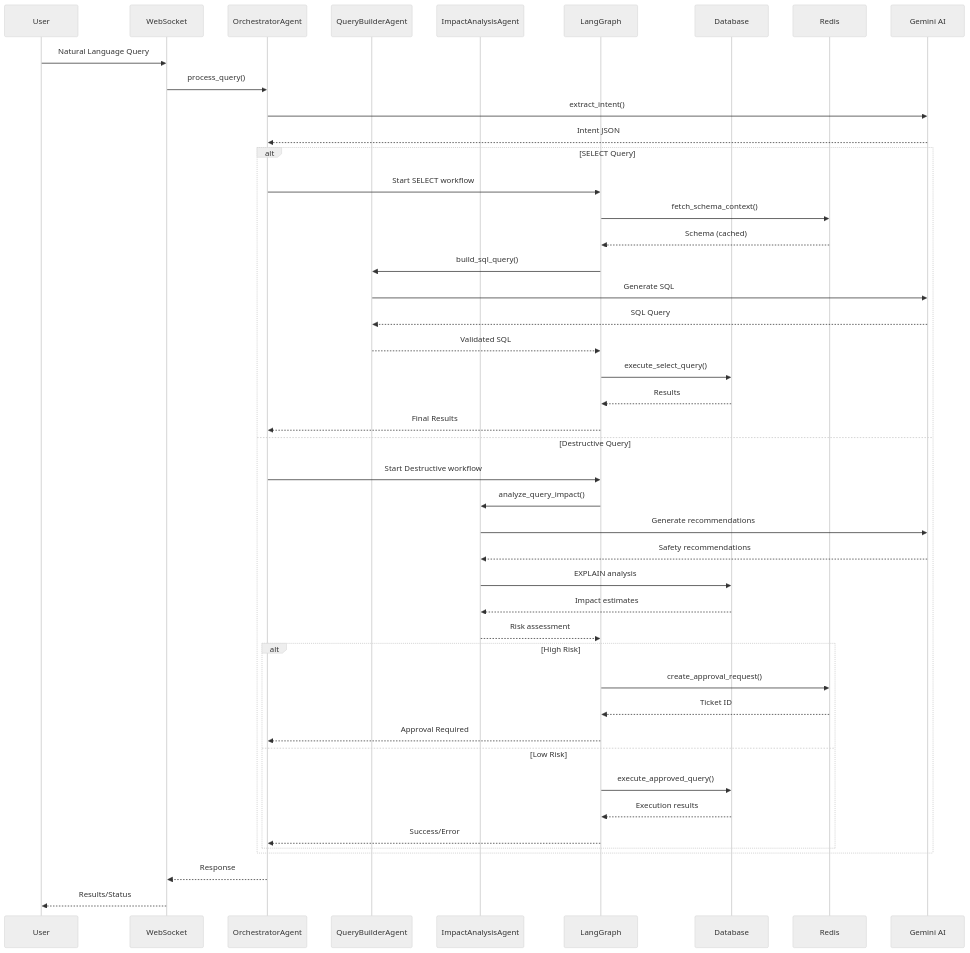
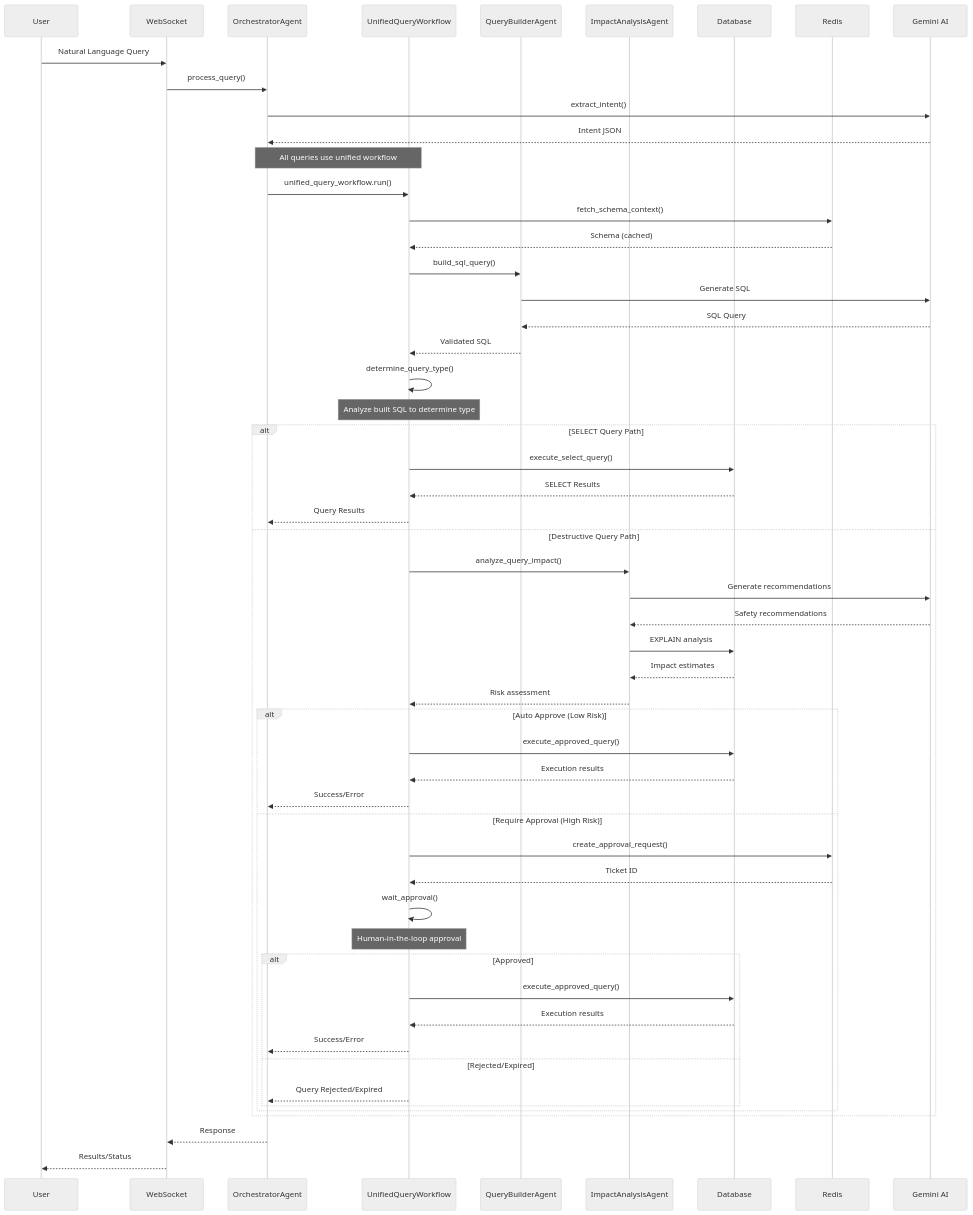
Before and after one commit to cyb3rb34s7/DBAgent: the third of 8 diagrams in docs/flow.md, drawn with Mermaid (neutral theme). The commit also changed other lines of this file, not shown here.

Commit message:
Adding Flow Diagram

````diff
--- a/docs/flow.md
+++ b/docs/flow.md
@@ -118,52 +120,67 @@
 ```mermaid
 sequenceDiagram
     participant User
     participant WS as WebSocket
     participant Orch as OrchestratorAgent
+    participant UWF as UnifiedQueryWorkflow
     participant QB as QueryBuilderAgent
     participant IA as ImpactAnalysisAgent
-    participant LG as LangGraph
     participant DB as Database
     participant Redis
     participant Gemini as Gemini AI
     
     User->>WS: Natural Language Query
     WS->>Orch: process_query()
     
     Orch->>Gemini: extract_intent()
     Gemini-->>Orch: Intent JSON
     
-    alt SELECT Query
-        Orch->>LG: Start SELECT workflow
-        LG->>Redis: fetch_schema_context()
-        Redis-->>LG: Schema (cached)
-        LG->>QB: build_sql_query()
-        QB->>Gemini: Generate SQL
-        Gemini-->>QB: SQL Query
-        QB-->>LG: Validated SQL
-        LG->>DB: execute_select_query()
-        DB-->>LG: Results
-        LG-->>Orch: Final Results
-    else Destructive Query
-        Orch->>LG: Start Destructive workflow
-        LG->>IA: analyze_query_impact()
+    Note over Orch,UWF: All queries use unified workflow
+    Orch->>UWF: unified_query_workflow.run()
+    
+    UWF->>Redis: fetch_schema_context()
+    Redis-->>UWF: Schema (cached)
+    
+    UWF->>QB: build_sql_query()
+    QB->>Gemini: Generate SQL
+    Gemini-->>QB: SQL Query
+    QB-->>UWF: Validated SQL
+    
+    UWF->>UWF: determine_query_type()
+    Note over UWF: Analyze built SQL to determine type
+    
+    alt SELECT Query Path
+        UWF->>DB: execute_select_query()
+        DB-->>UWF: SELECT Results
+        UWF-->>Orch: Query Results
+    else Destructive Query Path
+        UWF->>IA: analyze_query_impact()
         IA->>Gemini: Generate recommendations
         Gemini-->>IA: Safety recommendations
         IA->>DB: EXPLAIN analysis
         DB-->>IA: Impact estimates
-        IA-->>LG: Risk assessment
+        IA-->>UWF: Risk assessment
         
-        alt High Risk
-            LG->>Redis: create_approval_request()
-            Redis-->>LG: Ticket ID
-            LG-->>Orch: Approval Required
-        else Low Risk
-            LG->>DB: execute_approved_query()
-            DB-->>LG: Execution results
-            LG-->>Orch: Success/Error
+        alt Auto Approve (Low Risk)
+            UWF->>DB: execute_approved_query()
+            DB-->>UWF: Execution results
+            UWF-->>Orch: Success/Error
+        else Require Approval (High Risk)
+            UWF->>Redis: create_approval_request()
+            Redis-->>UWF: Ticket ID
+            UWF->>UWF: wait_approval()
+            Note over UWF: Human-in-the-loop approval
+            
+            alt Approved
+                UWF->>DB: execute_approved_query()
+                DB-->>UWF: Execution results
+                UWF-->>Orch: Success/Error
+            else Rejected/Expired
+                UWF-->>Orch: Query Rejected/Expired
+            end
         end
     end
     
     Orch-->>WS: Response
     WS-->>User: Results/Status
 ```
````
